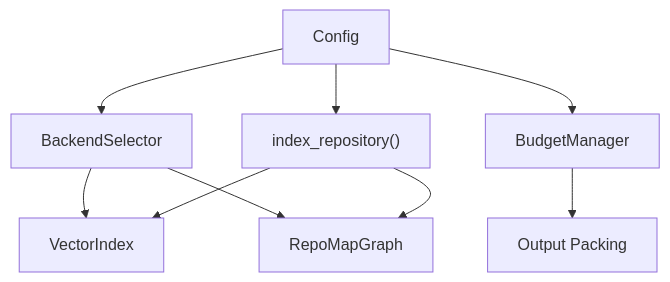
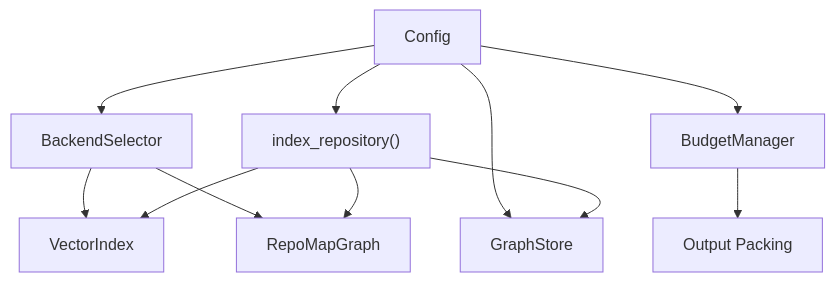
Before and after one commit to maemreyo/zmr-ctx-paker: the sixth of 6 diagrams in .qoder/repowiki/en/content/Configuration Management.md, drawn with Mermaid. The commit also changed other lines of this file and 25 other files, not shown here.

````diff
--- a/.qoder/repowiki/en/content/Configuration Management.md
+++ b/.qoder/repowiki/en/content/Configuration Management.md
@@ -261,11 +349,13 @@
 ```mermaid
 graph TB
 CFG["Config"] --> SEL["BackendSelector"]
 CFG --> IDX["index_repository()"]
 CFG --> BGT["BudgetManager"]
+CFG --> GSTORE["GraphStore"]
 SEL --> VI["VectorIndex"]
 SEL --> GR["RepoMapGraph"]
 IDX --> VI
 IDX --> GR
+IDX --> GSTORE
 BGT --> OUT["Output Packing"]
 ```
````
